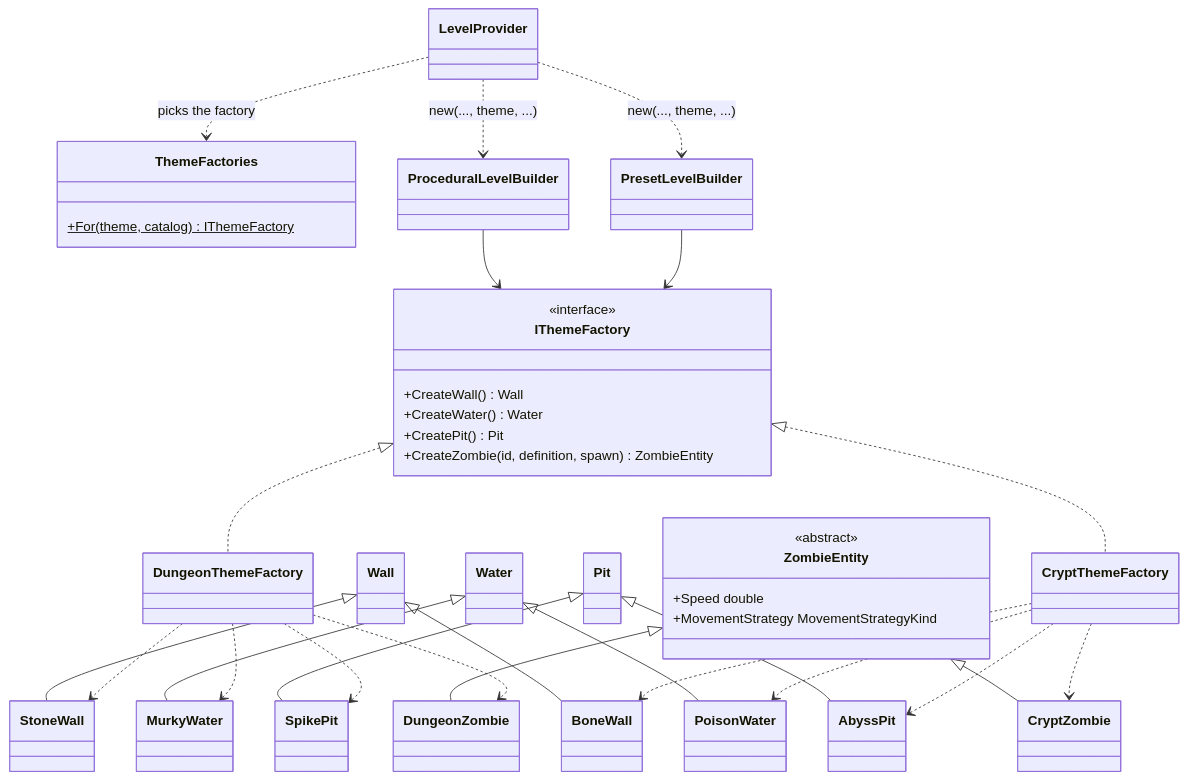
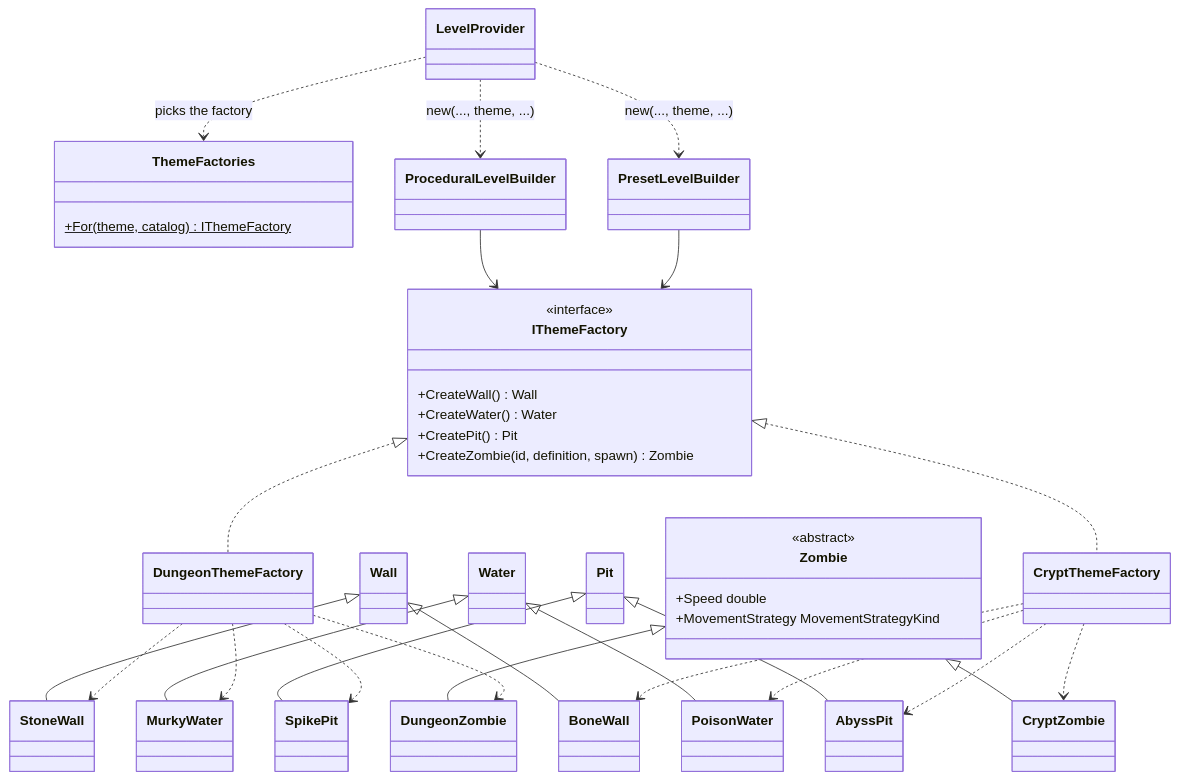
Before and after one commit to YoBoyJonas/OPP: the second of 2 diagrams in docs/patterns/AbstractFactory.md, drawn with Mermaid. The commit also changed other lines of this file and 21 other files, not shown here.

````diff
--- a/docs/patterns/AbstractFactory.md
+++ b/docs/patterns/AbstractFactory.md
@@ -73,52 +73,52 @@
 ```mermaid
 classDiagram
     class IThemeFactory {
         <<interface>>
         +CreateWall() Wall
         +CreateWater() Water
         +CreatePit() Pit
-        +CreateZombie(id, definition, spawn) ZombieEntity
+        +CreateZombie(id, definition, spawn) Zombie
     }
     class DungeonThemeFactory
     class CryptThemeFactory
     IThemeFactory <|.. DungeonThemeFactory
     IThemeFactory <|.. CryptThemeFactory
 
     class Wall
     class Water
     class Pit
-    class ZombieEntity {
+    class Zombie {
         <<abstract>>
         +Speed double
         +MovementStrategy MovementStrategyKind
     }
     Wall <|-- StoneWall
     Wall <|-- BoneWall
     Water <|-- MurkyWater
     Water <|-- PoisonWater
     Pit <|-- SpikePit
     Pit <|-- AbyssPit
-    ZombieEntity <|-- DungeonZombie
-    ZombieEntity <|-- CryptZombie
+    Zombie <|-- DungeonZombie
+    Zombie <|-- CryptZombie
 
     DungeonThemeFactory ..> StoneWall
     DungeonThemeFactory ..> MurkyWater
     DungeonThemeFactory ..> SpikePit
     DungeonThemeFactory ..> DungeonZombie
     CryptThemeFactory ..> BoneWall
     CryptThemeFactory ..> PoisonWater
     CryptThemeFactory ..> AbyssPit
     CryptThemeFactory ..> CryptZombie
 
     class ThemeFactories {
         +For(theme, catalog) IThemeFactory$
     }
     class LevelProvider
     class ProceduralLevelBuilder
     class PresetLevelBuilder
     LevelProvider ..> ThemeFactories : picks the factory
     LevelProvider ..> ProceduralLevelBuilder : new(..., theme, ...)
     LevelProvider ..> PresetLevelBuilder : new(..., theme, ...)
     ProceduralLevelBuilder --> IThemeFactory
     PresetLevelBuilder --> IThemeFactory
 ```
````
